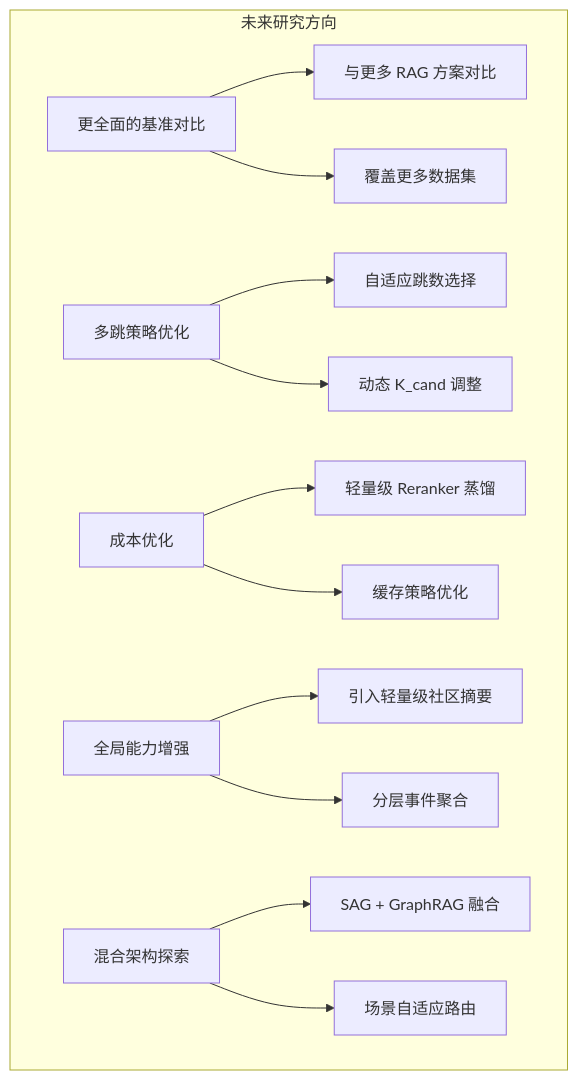
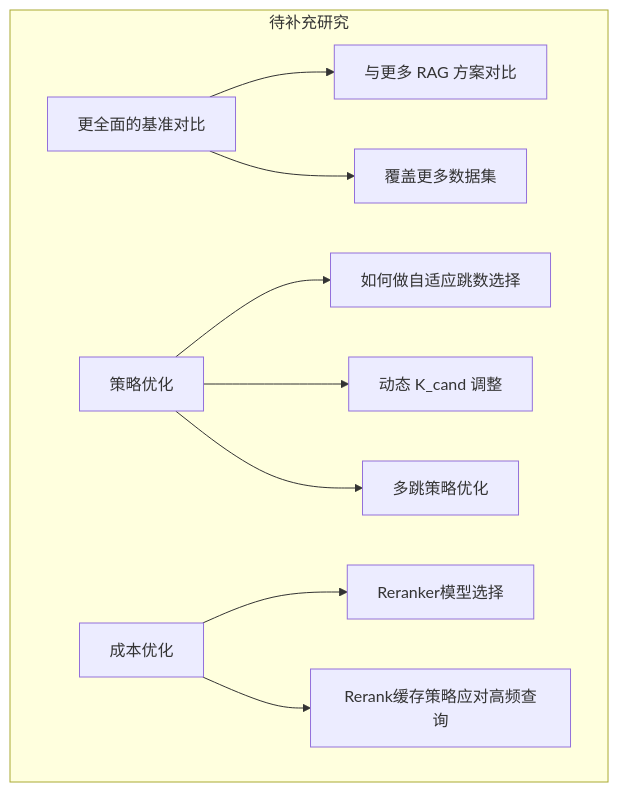
Before and after one commit to VegetableBCoder/visual-novel-translator: the tenth of 10 diagrams in docs/讲稿_润色版.md, drawn with Mermaid. The commit also changed other lines of this file and 1 other file, not shown here.

````diff
--- a/docs/讲稿_润色版.md
+++ b/docs/讲稿_润色版.md
@@ -547,25 +563,19 @@
 ```mermaid
 flowchart TD
-    subgraph Future["未来研究方向"]
+    subgraph Future["待补充研究"]
         F1[更全面的基准对比]
-        F2[多跳策略优化]
+        F2[策略优化]
         F3[成本优化]
-        F4[全局能力增强]
-        F5[混合架构探索]
 
         F1 --> F1a[与更多 RAG 方案对比]
         F1 --> F1b[覆盖更多数据集]
 
-        F2 --> F2a[自适应跳数选择]
+        F2 --> F2a[如何做自适应跳数选择]
         F2 --> F2b[动态 K_cand 调整]
+        F2 --> F2C[多跳策略优化]
 
-        F3 --> F3a[轻量级 Reranker 蒸馏]
-        F3 --> F3b[缓存策略优化]
-
-        F4 --> F4a[引入轻量级社区摘要]
-        F4 --> F4b[分层事件聚合]
-
-        F5 --> F5a[SAG + GraphRAG 融合]
-        F5 --> F5b[场景自适应路由]
+        F3 --> F3a[Reranker模型选择]
+        F3 --> F3b[Rerank缓存策略应对高频查询]
+        
     end
 ```
````
